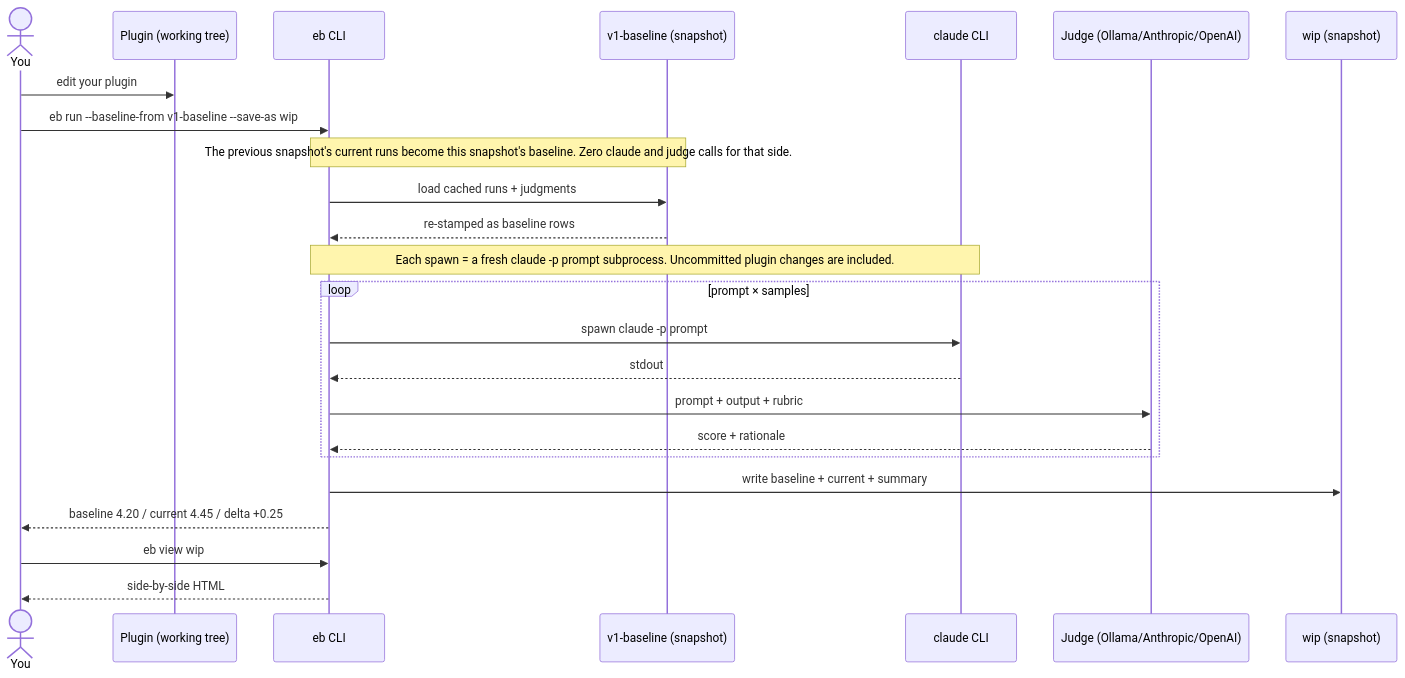
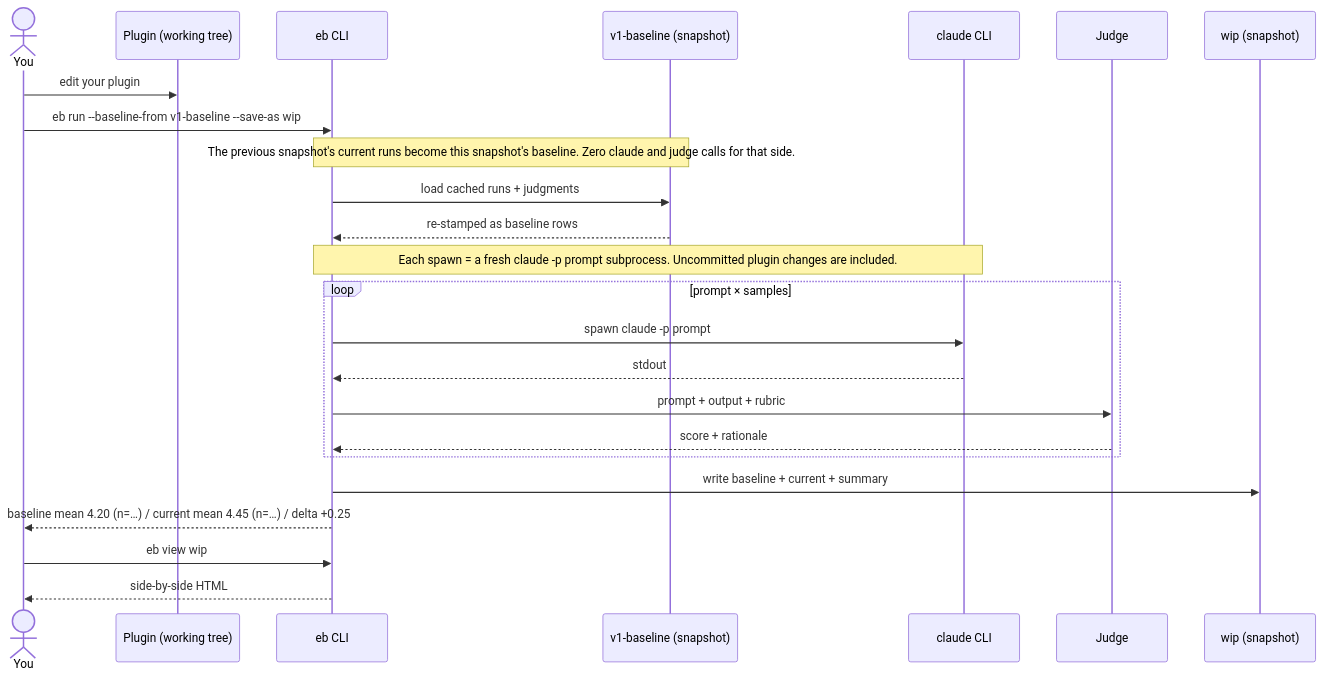
Before and after one commit to derberg/eval-bench: the second of 4 diagrams in README.md, drawn with Mermaid. The commit also changed other lines of this file, not shown here.

First line of the commit message:
docs: align README mermaid diagrams with code

````diff
--- a/README.md
+++ b/README.md
@@ -79,30 +75,30 @@
 ```mermaid
 sequenceDiagram
     actor You
     participant tree as Plugin (working tree)
     participant eb as eb CLI
     participant prev as v1-baseline (snapshot)
     participant claude as claude CLI
-    participant judge as Judge (Ollama/Anthropic/OpenAI)
+    participant judge as Judge
     participant snap as wip (snapshot)
 
     You->>tree: edit your plugin
     You->>eb: eb run --baseline-from v1-baseline --save-as wip
 
     Note over eb,prev: The previous snapshot's current runs become this snapshot's baseline. Zero claude and judge calls for that side.
     eb->>prev: load cached runs + judgments
     prev-->>eb: re-stamped as baseline rows
 
     Note over eb,claude: Each spawn = a fresh claude -p prompt subprocess. Uncommitted plugin changes are included.
     loop prompt × samples
         eb->>claude: spawn claude -p prompt
         claude-->>eb: stdout
         eb->>judge: prompt + output + rubric
         judge-->>eb: score + rationale
     end
 
     eb->>snap: write baseline + current + summary
-    eb-->>You: baseline 4.20 / current 4.45 / delta +0.25
+    eb-->>You: baseline mean 4.20 (n=…) / current mean 4.45 (n=…) / delta +0.25
     You->>eb: eb view wip
     eb-->>You: side-by-side HTML
 ```
````
